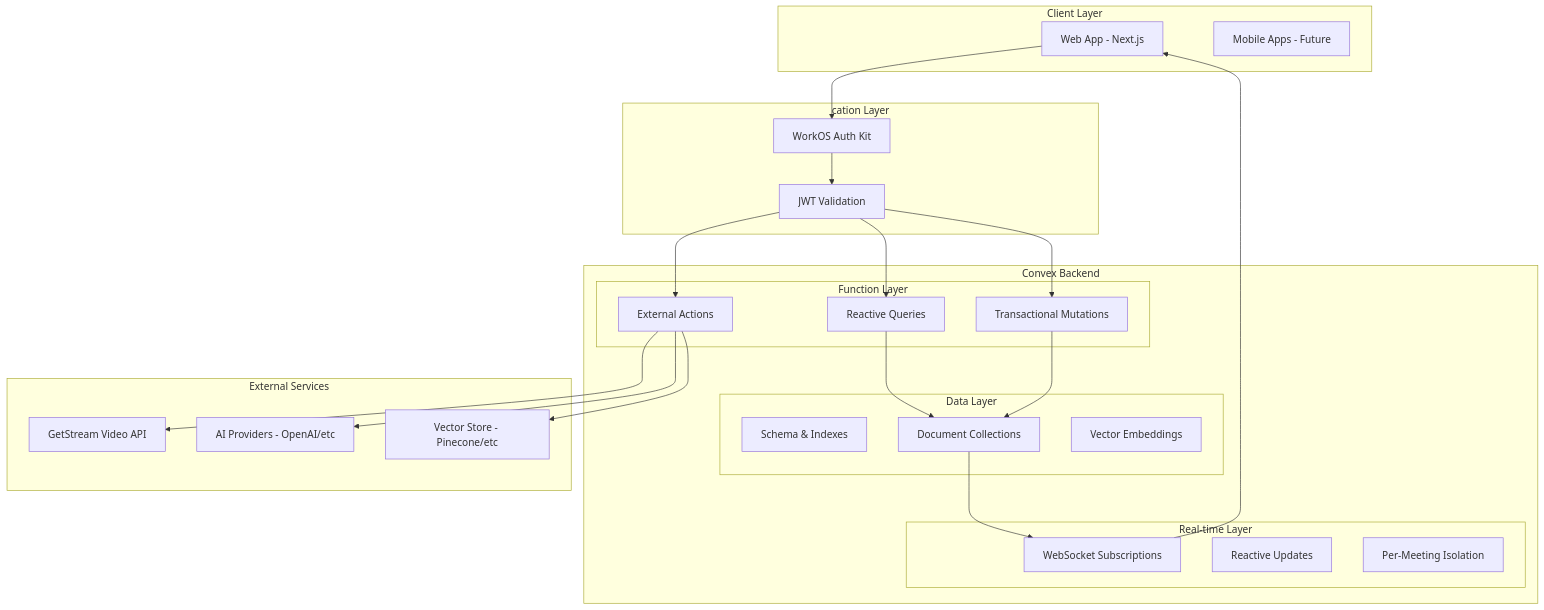
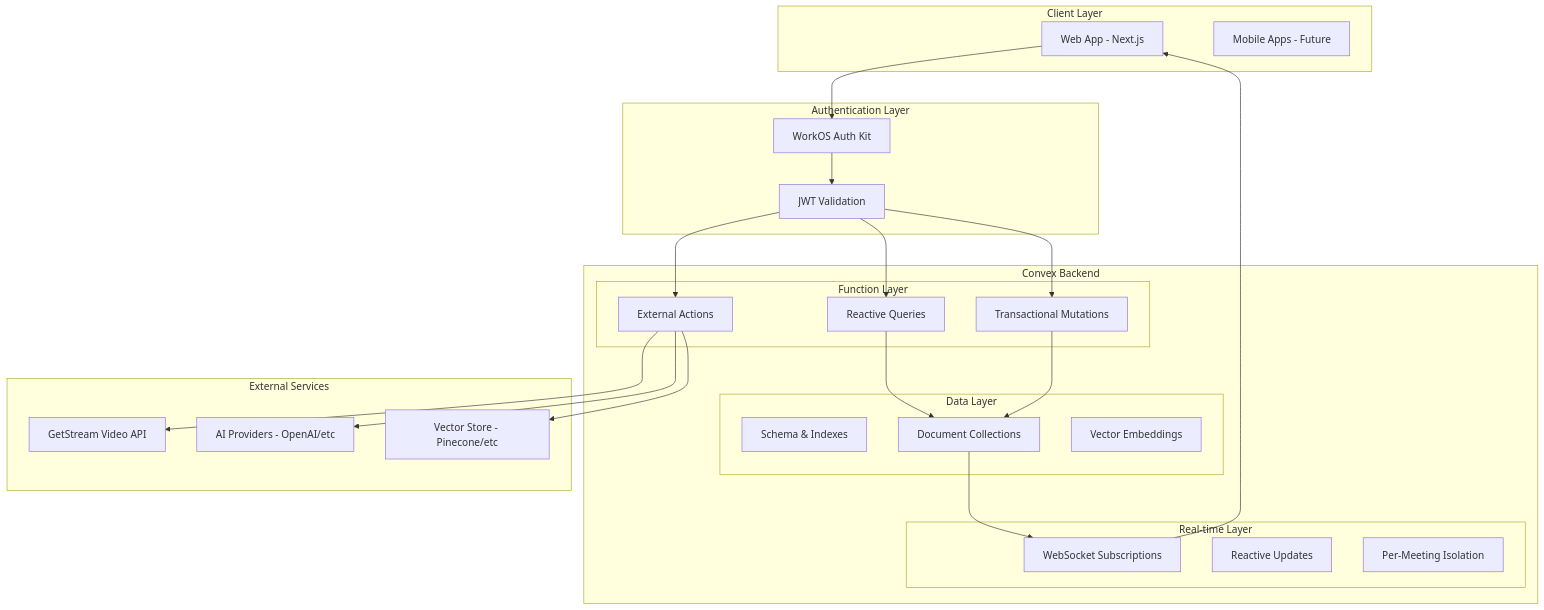
The diagram in .kiro/specs/convex-database-migration/design.md (SamGu-NRX/Connvo), drawn with Mermaid before and after one commit.

Commit message:
save design doc

````diff
--- a/.kiro/specs/convex-database-migration/design.md
+++ b/.kiro/specs/convex-database-migration/design.md
@@ -13,53 +13,53 @@
 ```mermaid
 graph TB
     subgraph "Client Layer"
         WEB[Web App - Next.js]
         MOBILE[Mobile Apps - Future]
     end
 
-    subgraph "cation Layer"
+    subgraph "Authentication Layer"
         WORKOS[WorkOS Auth Kit]
         JWT[JWT Validation]
     end
 
     subgraph "Convex Backend"
         subgraph "Function Layer"
             QUERIES[Reactive Queries]
             MUTATIONS[Transactional Mutations]
             ACTIONS[External Actions]
         end
 
         subgraph "Data Layer"
             SCHEMA[Schema & Indexes]
             COLLECTIONS[Document Collections]
             VECTORS[Vector Embeddings]
         end
 
         subgraph "Real-time Layer"
             WEBSOCKETS[WebSocket Subscriptions]
             REACTIVITY[Reactive Updates]
             ISOLATION[Per-Meeting Isolation]
         end
     end
 
     subgraph "External Services"
         STREAM[GetStream Video API]
         AI[AI Providers - OpenAI/etc]
         VECTOR_STORE[Vector Store - Pinecone/etc]
     end
 
     WEB --> WORKOS
     WORKOS --> JWT
     JWT --> QUERIES
     JWT --> MUTATIONS
     JWT --> ACTIONS
 
     QUERIES --> COLLECTIONS
     MUTATIONS --> COLLECTIONS
     ACTIONS --> STREAM
     ACTIONS --> AI
     ACTIONS --> VECTOR_STORE
 
     COLLECTIONS --> WEBSOCKETS
     WEBSOCKETS --> WEB
 ```
````
